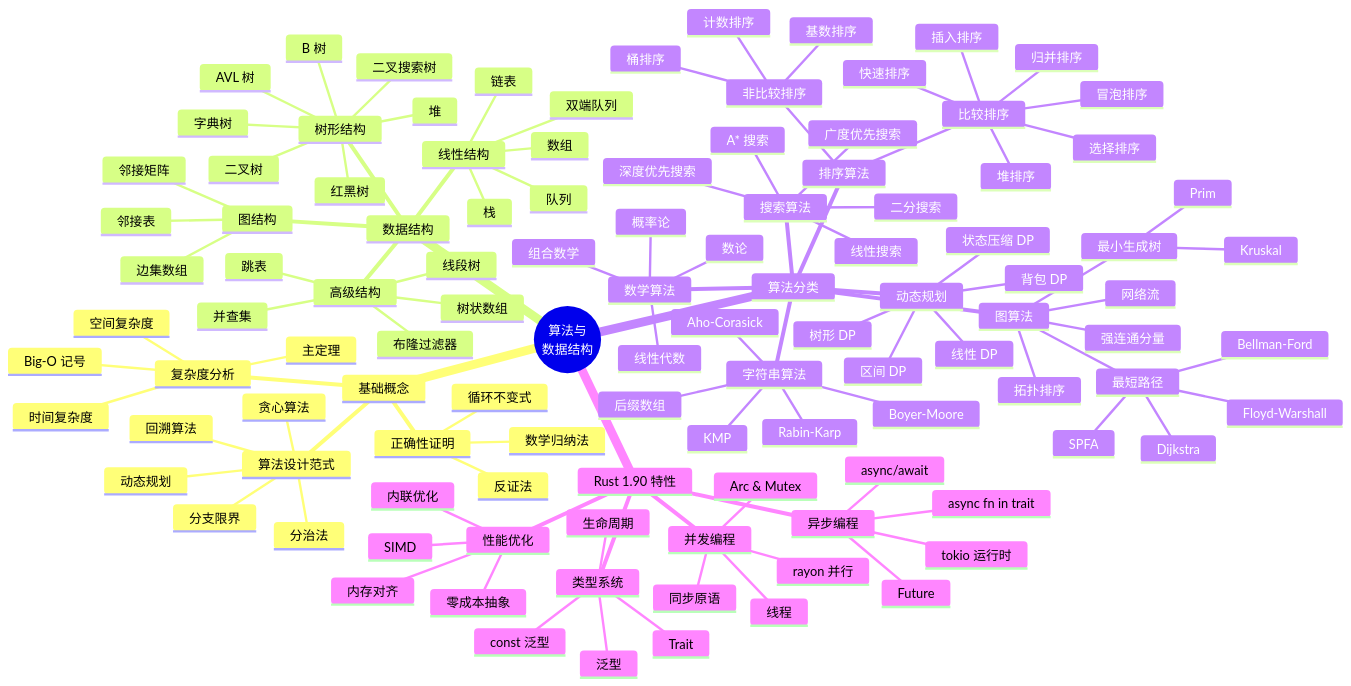
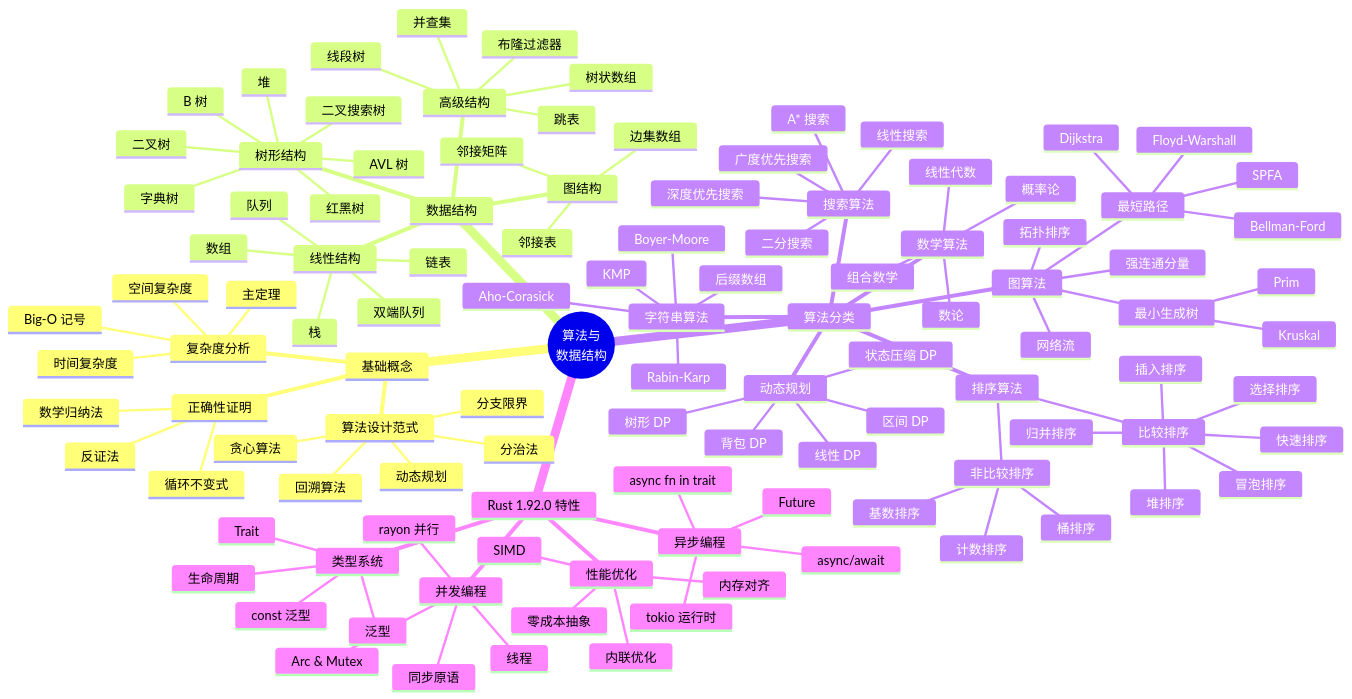
One commit to martin-ly/rust-lang changed the first of 12 diagrams in crates/c08_algorithms/docs/MIND_MAP.md. Above: the diagram before and after it, drawn with Mermaid. The commit also changed other lines of this file and 290 other files, not shown here.

```diff
--- a/crates/c08_algorithms/docs/MIND_MAP.md
+++ b/crates/c08_algorithms/docs/MIND_MAP.md
@@ -122,7 +122,7 @@
         概率论
         线性代数
 
-    Rust 1.90 特性
+    Rust 1.92.0 特性
       类型系统
         泛型
         Trait
```
